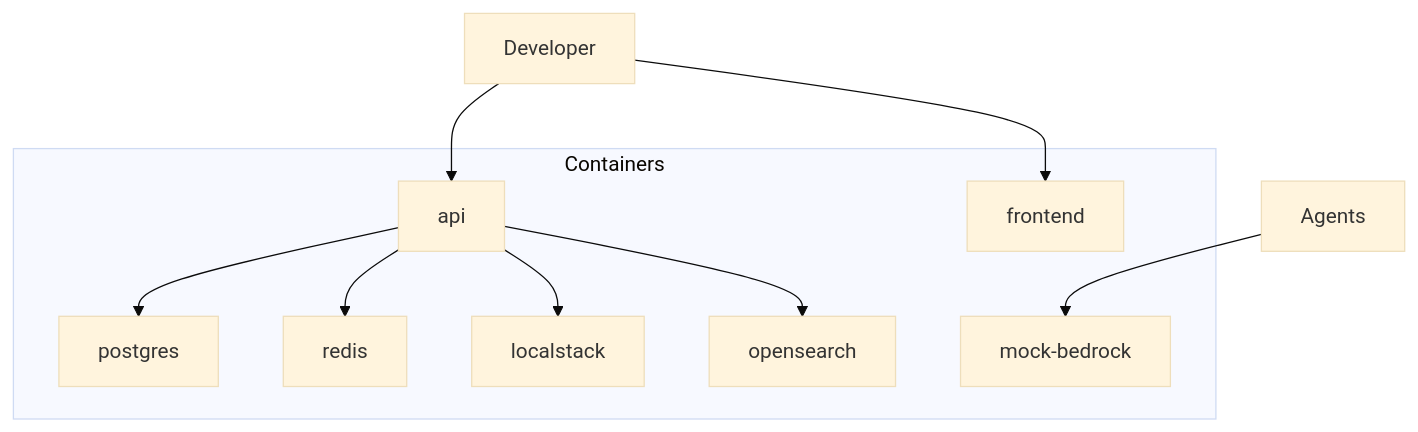
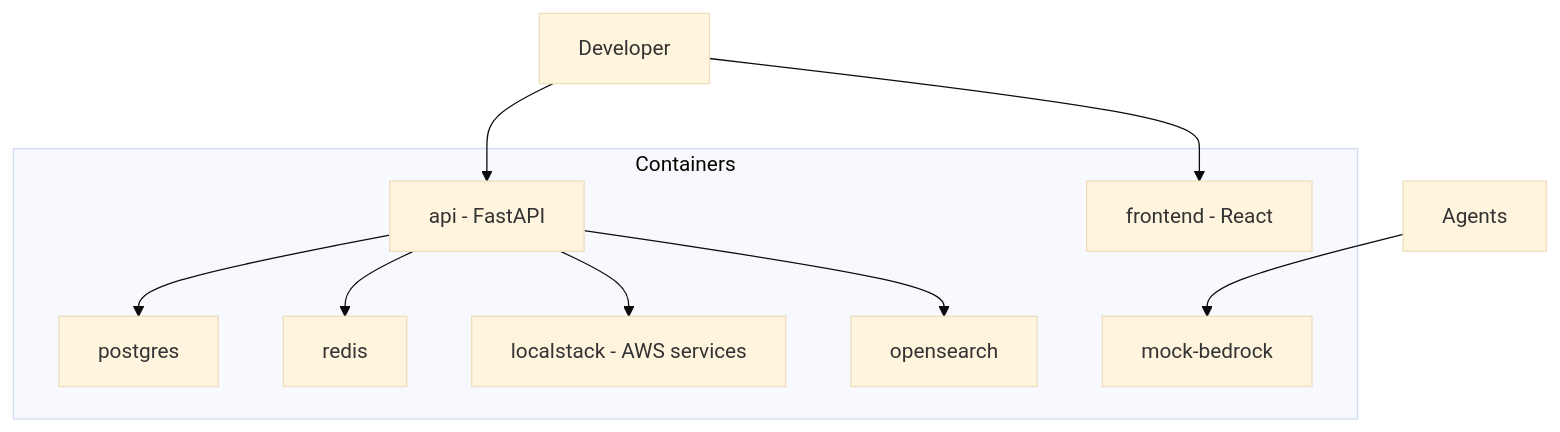
Before and after one commit to jaredgiosinuff/kinexus-ai: the third of 3 diagrams in docs/architecture.md, drawn with Mermaid (base theme). The commit also changed other lines of this file and 3 other files, not shown here.

````diff
--- a/docs/architecture.md
+++ b/docs/architecture.md
@@ -87,20 +195,20 @@
 ```mermaid
 flowchart TB
     subgraph Containers
-        API[api]
-        Frontend[frontend]
+        API[api - FastAPI]
+        Frontend[frontend - React]
         Postgres[postgres]
         Redis[redis]
-        LocalStack[localstack]
+        LocalStack[localstack - AWS services]
         OpenSearch[opensearch]
         MockBedrock[mock-bedrock]
     end
 
     Developer --> API
     Developer --> Frontend
     API --> Postgres
     API --> Redis
     API --> LocalStack
     API --> OpenSearch
     Agents --> MockBedrock
 ```
````
